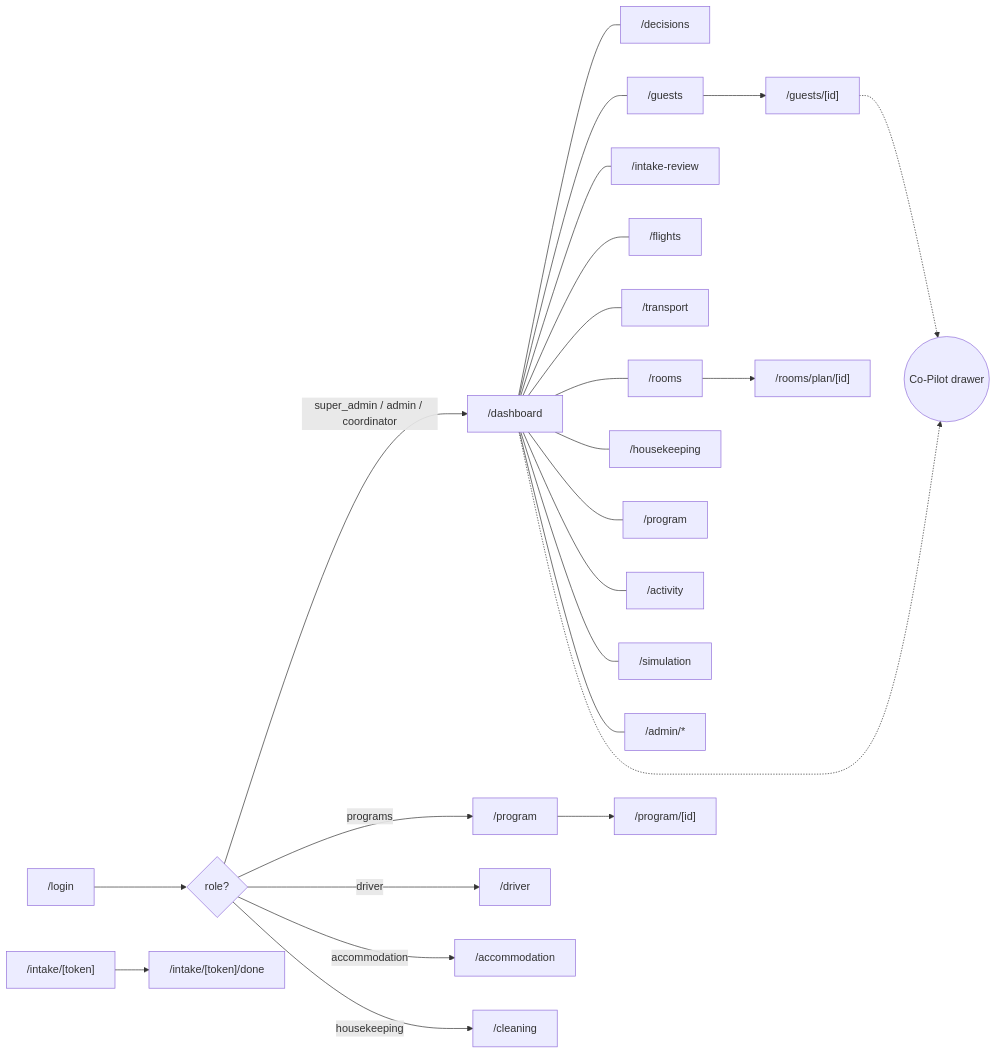
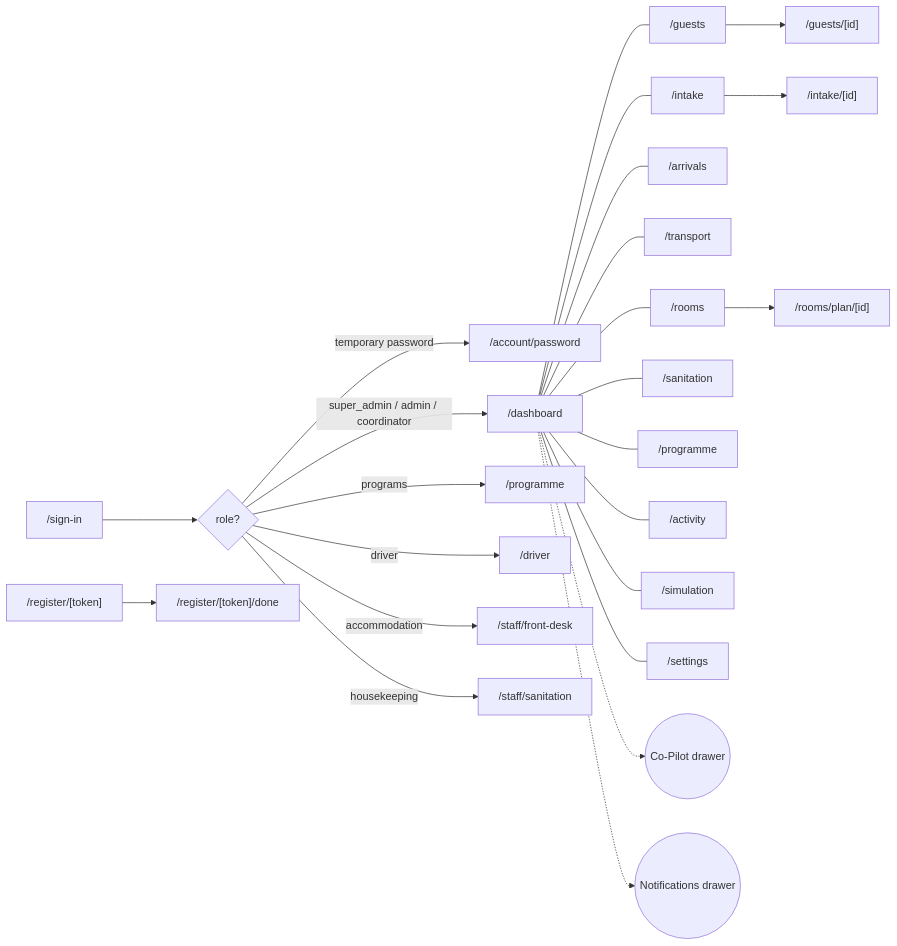
One commit to tallZacchaeus/hostmark-vip-gcs changed the first of 11 diagrams in docs/03-App-Flow.md. Above: the diagram before and after it, drawn with Mermaid. The commit also changed other lines of this file and 147 other files, not shown here.

````diff
--- a/docs/03-App-Flow.md
+++ b/docs/03-App-Flow.md
@@ -75,27 +64,25 @@
 ```mermaid
 flowchart LR
-  L["/login"] --> R{role?}
+  L["/sign-in"] --> R{role?}
+  R -->|temporary password| PW["/account/password"]
   R -->|super_admin / admin / coordinator| D["/dashboard"]
-  R -->|programs| PG["/program"]
+  R -->|programs| PG["/programme"]
   R -->|driver| DR["/driver"]
-  R -->|accommodation| AC["/accommodation"]
-  R -->|housekeeping| CL["/cleaning"]
+  R -->|accommodation| AC["/staff/front-desk"]
+  R -->|housekeeping| CL["/staff/sanitation"]
 
-  D --- DEC["/decisions"]
   D --- GU["/guests"] --> GD["/guests/[id]"]
-  D --- IR["/intake-review"]
-  D --- FL["/flights"]
+  D --- IN["/intake"] --> IR["/intake/[id]"]
+  D --- AR["/arrivals"]
   D --- TR["/transport"]
   D --- RM["/rooms"] --> RP["/rooms/plan/[id]"]
-  D --- HK["/housekeeping"]
-  D --- PGV["/program"]
+  D --- SA["/sanitation"]
+  D --- PGV["/programme"]
   D --- ACT["/activity"]
   D --- SIM["/simulation"]
-  D --- ADM["/admin/*"]
+  D --- SET["/settings"]
   D -.-> CP(("Co-Pilot drawer"))
-  GD -.-> CP
+  D -.-> NO(("Notifications drawer"))
 
-  PG --> PGI["/program/[id]"]
-
-  PUB["/intake/[token]"] --> DONE["/intake/[token]/done"]
+  PUB["/register/[token]"] --> DONE["/register/[token]/done"]
 ```
````
